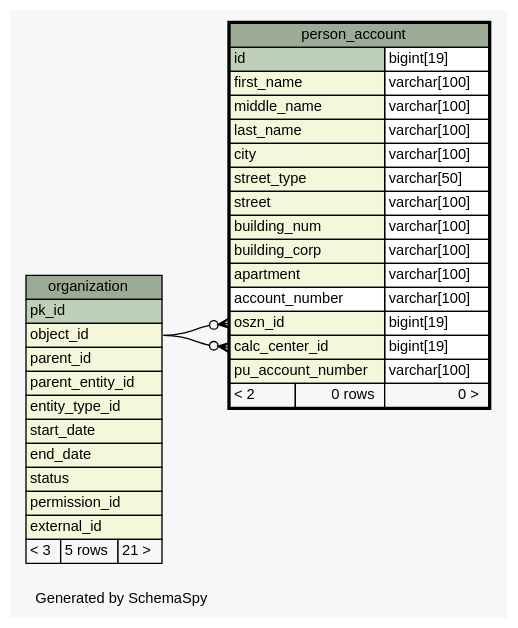
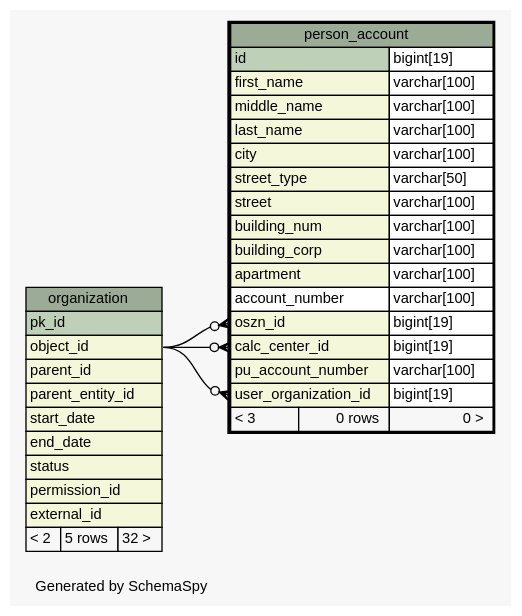
One commit to complitex/svn_osznconnection changed the diagram in osznconnection-db/doc/osznconnection/diagrams/person_account.1degree.dot. Above: the diagram before and after it, drawn with Graphviz. The commit also changed 477 other files, not shown here.

Commit message:
Re-generated outdated schema visualization

```diff
--- a/osznconnection-db/doc/osznconnection/diagrams/person_account.1degree.dot
+++ b/osznconnection-db/doc/osznconnection/diagrams/person_account.1degree.dot
@@ -1,66 +1,67 @@
 // dot 2.28.0 on Windows 7 6.1
 // SchemaSpy rev 590
 digraph "oneDegreeRelationshipsDiagram" {
   graph [
     rankdir="RL"
     bgcolor="#f7f7f7"
     label="\nGenerated by SchemaSpy"
     labeljust="l"
     nodesep="0.18"
     ranksep="0.46"
     fontname="Helvetica"
     fontsize="11"
   ];
   node [
     fontname="Helvetica"
     fontsize="11"
     shape="plaintext"
   ];
   edge [
     arrowsize="0.8"
   ];
   "person_account":"calc_center_id":w -> "organization":"object_id":e [arrowhead=none dir=back arrowtail=crowodot];
   "person_account":"oszn_id":w -> "organization":"object_id":e [arrowhead=none dir=back arrowtail=crowodot];
+  "person_account":"user_organization_id":w -> "organization":"object_id":e [arrowhead=none dir=back arrowtail=crowodot];
   "organization" [
     label=<
     <TABLE BORDER="0" CELLBORDER="1" CELLSPACING="0" BGCOLOR="#ffffff">
       <TR><TD COLSPAN="3" BGCOLOR="#9bab96" ALIGN="CENTER">organization</TD></TR>
       <TR><TD PORT="pk_id" COLSPAN="3" BGCOLOR="#bed1b8" ALIGN="LEFT">pk_id</TD></TR>
       <TR><TD PORT="object_id" COLSPAN="3" BGCOLOR="#f4f7da" ALIGN="LEFT">object_id</TD></TR>
       <TR><TD PORT="parent_id" COLSPAN="3" BGCOLOR="#f4f7da" ALIGN="LEFT">parent_id</TD></TR>
       <TR><TD PORT="parent_entity_id" COLSPAN="3" BGCOLOR="#f4f7da" ALIGN="LEFT">parent_entity_id</TD></TR>
-      <TR><TD PORT="entity_type_id" COLSPAN="3" BGCOLOR="#f4f7da" ALIGN="LEFT">entity_type_id</TD></TR>
       <TR><TD PORT="start_date" COLSPAN="3" BGCOLOR="#f4f7da" ALIGN="LEFT">start_date</TD></TR>
       <TR><TD PORT="end_date" COLSPAN="3" BGCOLOR="#f4f7da" ALIGN="LEFT">end_date</TD></TR>
       <TR><TD PORT="status" COLSPAN="3" BGCOLOR="#f4f7da" ALIGN="LEFT">status</TD></TR>
       <TR><TD PORT="permission_id" COLSPAN="3" BGCOLOR="#f4f7da" ALIGN="LEFT">permission_id</TD></TR>
       <TR><TD PORT="external_id" COLSPAN="3" BGCOLOR="#f4f7da" ALIGN="LEFT">external_id</TD></TR>
-      <TR><TD ALIGN="LEFT" BGCOLOR="#f7f7f7">&lt; 3</TD><TD ALIGN="RIGHT" BGCOLOR="#f7f7f7">5 rows</TD><TD ALIGN="RIGHT" BGCOLOR="#f7f7f7">21 &gt;</TD></TR>
+      <TR><TD ALIGN="LEFT" BGCOLOR="#f7f7f7">&lt; 2</TD><TD ALIGN="RIGHT" BGCOLOR="#f7f7f7">5 rows</TD><TD ALIGN="RIGHT" BGCOLOR="#f7f7f7">32 &gt;</TD></TR>
     </TABLE>>
     URL="organization.html"
     tooltip="organization"
   ];
   "person_account" [
     label=<
     <TABLE BORDER="2" CELLBORDER="1" CELLSPACING="0" BGCOLOR="#ffffff">
       <TR><TD COLSPAN="3" BGCOLOR="#9bab96" ALIGN="CENTER">person_account</TD></TR>
       <TR><TD PORT="id" COLSPAN="2" BGCOLOR="#bed1b8" ALIGN="LEFT">id</TD><TD PORT="id.type" ALIGN="LEFT">bigint[19]</TD></TR>
       <TR><TD PORT="first_name" COLSPAN="2" BGCOLOR="#f4f7da" ALIGN="LEFT">first_name</TD><TD PORT="first_name.type" ALIGN="LEFT">varchar[100]</TD></TR>
       <TR><TD PORT="middle_name" COLSPAN="2" BGCOLOR="#f4f7da" ALIGN="LEFT">middle_name</TD><TD PORT="middle_name.type" ALIGN="LEFT">varchar[100]</TD></TR>
       <TR><TD PORT="last_name" COLSPAN="2" BGCOLOR="#f4f7da" ALIGN="LEFT">last_name</TD><TD PORT="last_name.type" ALIGN="LEFT">varchar[100]</TD></TR>
       <TR><TD PORT="city" COLSPAN="2" BGCOLOR="#f4f7da" ALIGN="LEFT">city</TD><TD PORT="city.type" ALIGN="LEFT">varchar[100]</TD></TR>
       <TR><TD PORT="street_type" COLSPAN="2" BGCOLOR="#f4f7da" ALIGN="LEFT">street_type</TD><TD PORT="street_type.type" ALIGN="LEFT">varchar[50]</TD></TR>
       <TR><TD PORT="street" COLSPAN="2" BGCOLOR="#f4f7da" ALIGN="LEFT">street</TD><TD PORT="street.type" ALIGN="LEFT">varchar[100]</TD></TR>
       <TR><TD PORT="building_num" COLSPAN="2" BGCOLOR="#f4f7da" ALIGN="LEFT">building_num</TD><TD PORT="building_num.type" ALIGN="LEFT">varchar[100]</TD></TR>
       <TR><TD PORT="building_corp" COLSPAN="2" BGCOLOR="#f4f7da" ALIGN="LEFT">building_corp</TD><TD PORT="building_corp.type" ALIGN="LEFT">varchar[100]</TD></TR>
       <TR><TD PORT="apartment" COLSPAN="2" BGCOLOR="#f4f7da" ALIGN="LEFT">apartment</TD><TD PORT="apartment.type" ALIGN="LEFT">varchar[100]</TD></TR>
       <TR><TD PORT="account_number" COLSPAN="2" ALIGN="LEFT">account_number</TD><TD PORT="account_number.type" ALIGN="LEFT">varchar[100]</TD></TR>
       <TR><TD PORT="oszn_id" COLSPAN="2" BGCOLOR="#f4f7da" ALIGN="LEFT">oszn_id</TD><TD PORT="oszn_id.type" ALIGN="LEFT">bigint[19]</TD></TR>
       <TR><TD PORT="calc_center_id" COLSPAN="2" BGCOLOR="#f4f7da" ALIGN="LEFT">calc_center_id</TD><TD PORT="calc_center_id.type" ALIGN="LEFT">bigint[19]</TD></TR>
       <TR><TD PORT="pu_account_number" COLSPAN="2" BGCOLOR="#f4f7da" ALIGN="LEFT">pu_account_number</TD><TD PORT="pu_account_number.type" ALIGN="LEFT">varchar[100]</TD></TR>
-      <TR><TD ALIGN="LEFT" BGCOLOR="#f7f7f7">&lt; 2</TD><TD ALIGN="RIGHT" BGCOLOR="#f7f7f7">0 rows</TD><TD ALIGN="RIGHT" BGCOLOR="#f7f7f7">0 &gt;</TD></TR>
+      <TR><TD PORT="user_organization_id" COLSPAN="2" BGCOLOR="#f4f7da" ALIGN="LEFT">user_organization_id</TD><TD PORT="user_organization_id.type" ALIGN="LEFT">bigint[19]</TD></TR>
+      <TR><TD ALIGN="LEFT" BGCOLOR="#f7f7f7">&lt; 3</TD><TD ALIGN="RIGHT" BGCOLOR="#f7f7f7">0 rows</TD><TD ALIGN="RIGHT" BGCOLOR="#f7f7f7">0 &gt;</TD></TR>
     </TABLE>>
     URL="person_account.html"
     tooltip="person_account"
   ];
 }
```
